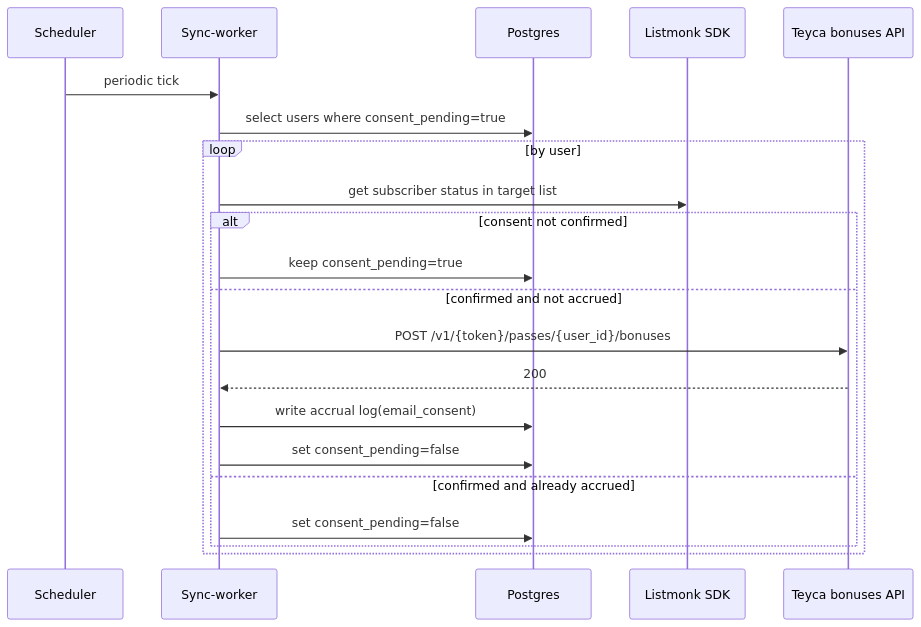
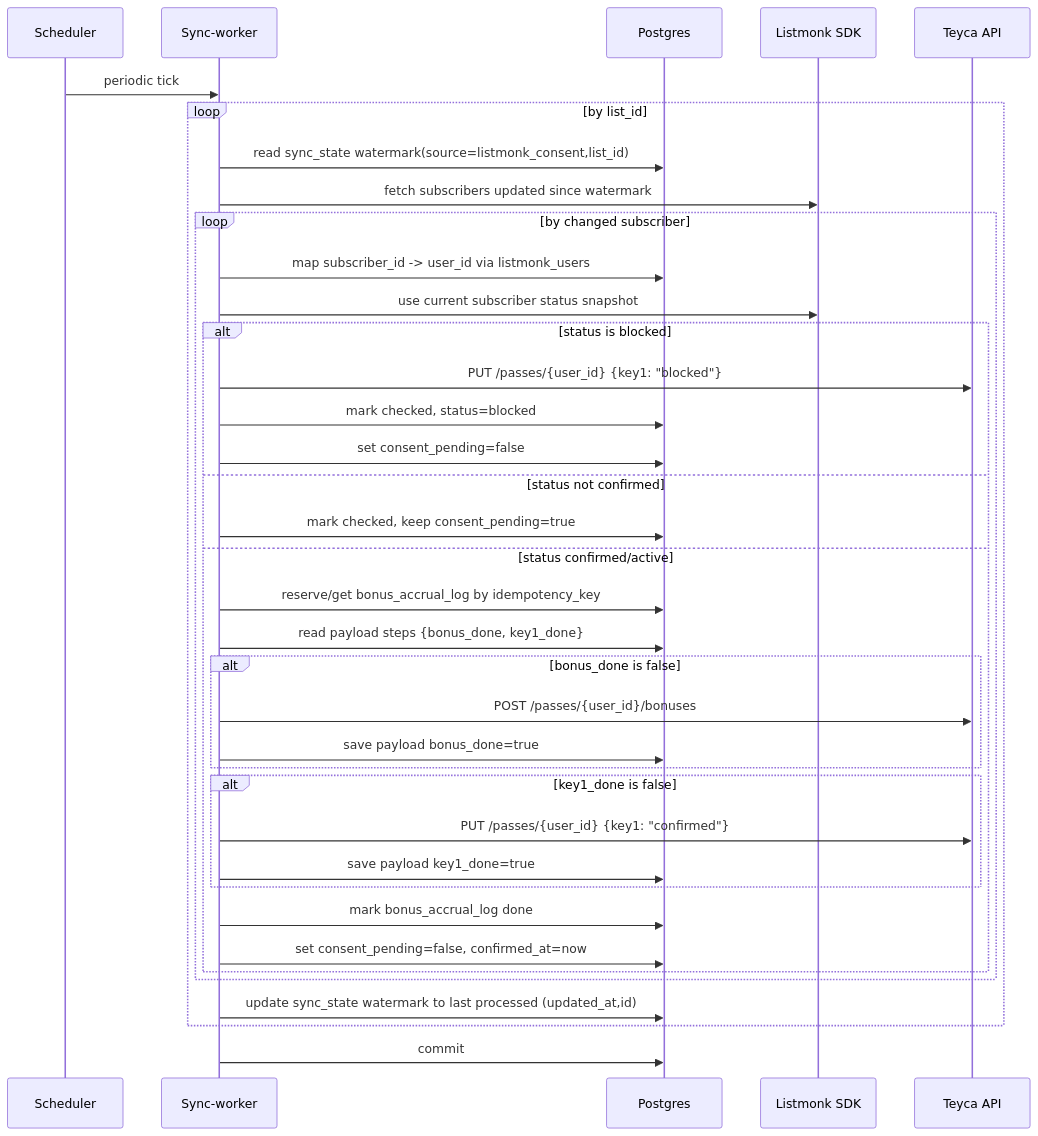
The fifth of 6 diagrams in docs/current-runtime-flow.md (Nikita-Silent/teyca-sync), drawn with Mermaid before and after one commit. The commit also changed other lines of this file and 40 other files, not shown here.

````diff
--- a/docs/current-runtime-flow.md
+++ b/docs/current-runtime-flow.md
@@ -105,24 +132,44 @@
 ```mermaid
 sequenceDiagram
     participant SCH as Scheduler
     participant W as Sync-worker
     participant DB as Postgres
     participant LM as Listmonk SDK
-    participant TY as Teyca bonuses API
+    participant TY as Teyca API
 
     SCH->>W: periodic tick
-    W->>DB: select users where consent_pending=true
-    loop by user
-        W->>LM: get subscriber status in target list
-        alt consent not confirmed
-            W->>DB: keep consent_pending=true
-        else confirmed and not accrued
-            W->>TY: POST /v1/{token}/passes/{user_id}/bonuses
-            TY-->>W: 200
-            W->>DB: write accrual log(email_consent)
-            W->>DB: set consent_pending=false
-        else confirmed and already accrued
-            W->>DB: set consent_pending=false
+    loop by list_id
+        W->>DB: read sync_state watermark(source=listmonk_consent,list_id)
+        W->>LM: fetch subscribers updated since watermark
+        loop by changed subscriber
+            W->>DB: map subscriber_id -> user_id via listmonk_users
+            W->>LM: use current subscriber status snapshot
+
+            alt status is blocked
+                W->>TY: PUT /passes/{user_id} {key1: "blocked"}
+                W->>DB: mark checked, status=blocked
+                W->>DB: set consent_pending=false
+            else status not confirmed
+                W->>DB: mark checked, keep consent_pending=true
+            else status confirmed/active
+                W->>DB: reserve/get bonus_accrual_log by idempotency_key
+                W->>DB: read payload steps {bonus_done, key1_done}
+
+                alt bonus_done is false
+                    W->>TY: POST /passes/{user_id}/bonuses
+                    W->>DB: save payload bonus_done=true
+                end
+
+                alt key1_done is false
+                    W->>TY: PUT /passes/{user_id} {key1: "confirmed"}
+                    W->>DB: save payload key1_done=true
+                end
+
+                W->>DB: mark bonus_accrual_log done
+                W->>DB: set consent_pending=false, confirmed_at=now
+            end
         end
+        W->>DB: update sync_state watermark to last processed (updated_at,id)
     end
+    W->>DB: commit
 ```
````
